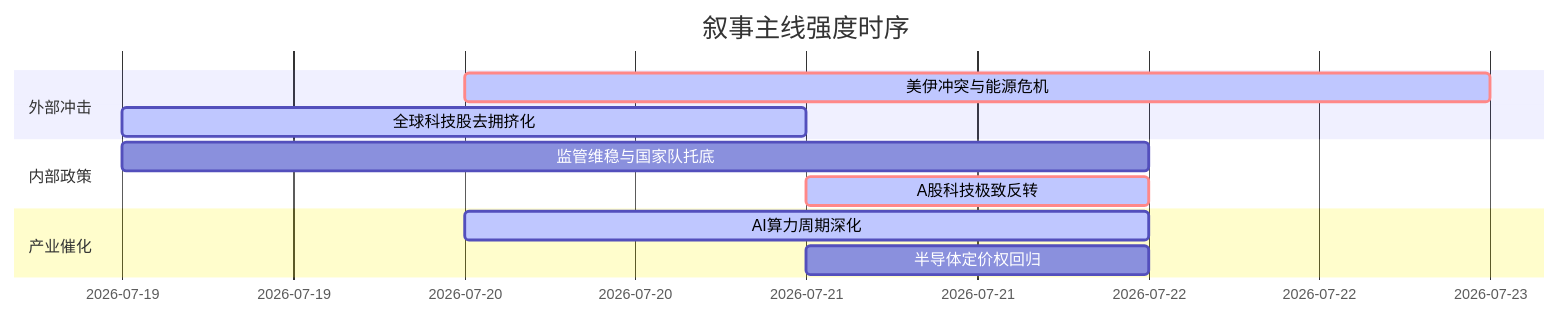
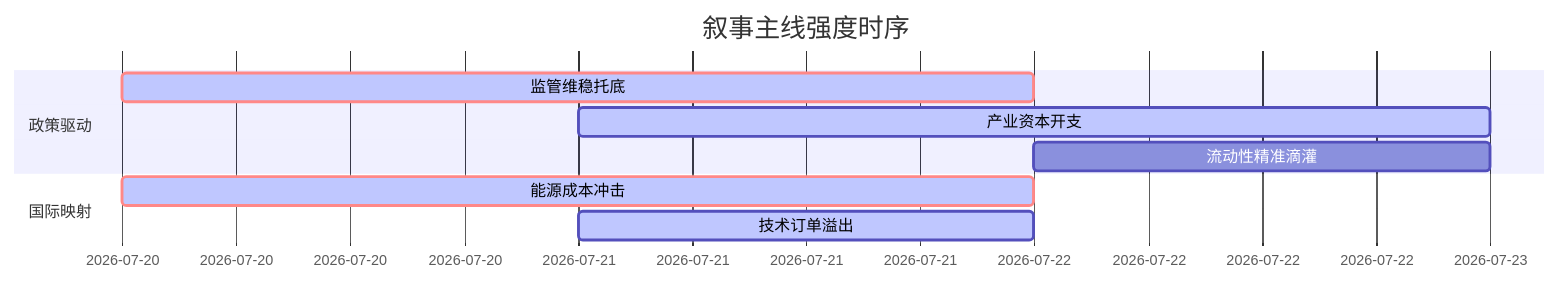
Before and after one commit to uu5zn/uu5zn.github.io: the diagram in 5day_report.md, drawn with Mermaid. The commit also changed other lines of this file and 24 other files, not shown here.

````diff
--- a/5day_report.md
+++ b/5day_report.md
@@ -55,16 +55,13 @@
 ```mermaid
 gantt
     title 叙事主线强度时序
     dateFormat  YYYY-MM-DD
-    section 外部冲击
-    美伊冲突与能源危机     :crit, active, 2026-07-20, 3d
-    全球科技股去拥挤化     :active, 2026-07-19, 2d
+    section 政策驱动
+    监管维稳托底   :crit, active, 2026-07-20, 2d
+    产业资本开支   :active, 2026-07-21, 2d
+    流动性精准滴灌   :2026-07-22, 1d
     
-    section 内部政策
-    监管维稳与国家队托底   :2026-07-19, 3d
-    A股科技极致反转       :crit, active, 2026-07-21, 1d
-    
-    section 产业催化
-    AI算力周期深化        :active, 2026-07-20, 2d
-    半导体定价权回归      :2026-07-21, 1d
+    section 国际映射
+    能源成本冲击   :crit, active, 2026-07-20, 2d
+    技术订单溢出   :active, 2026-07-21, 1d
 ```
````
